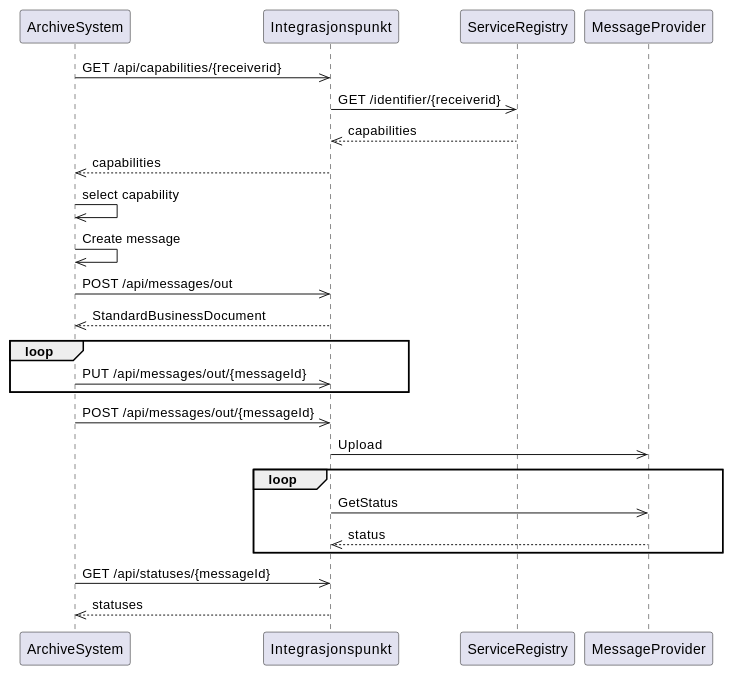
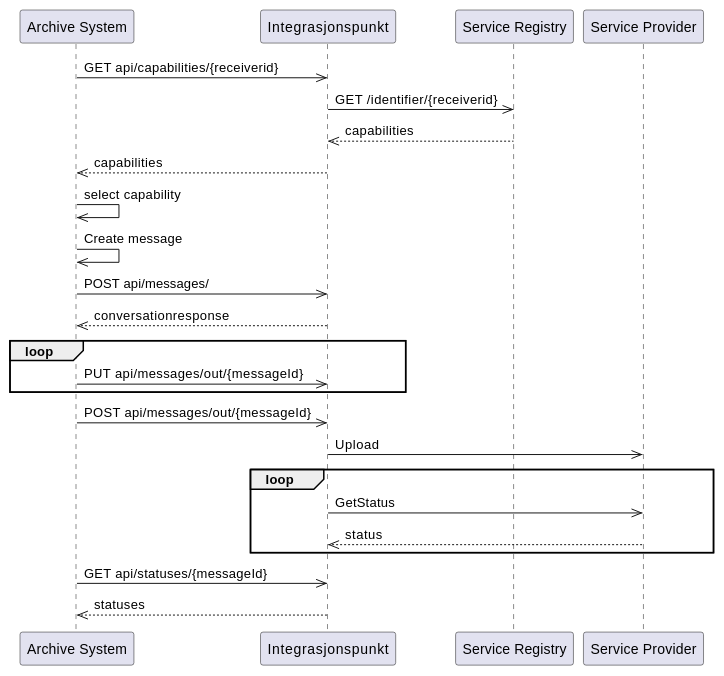
The diagram in integrasjonspunkt/src/main/asciidoc/messages-out.adoc (felleslosninger/efm-integrasjonspunkt), drawn with PlantUML before and after one commit. The commit also changed other lines of this file and 10 other files, not shown here.

```diff
--- a/integrasjonspunkt/src/main/asciidoc/messages-out.adoc
+++ b/integrasjonspunkt/src/main/asciidoc/messages-out.adoc
@@ -3,26 +12,31 @@
-[plantuml,auth-protocol]
+[plantuml]
 ....
-    ArchiveSystem->>Integrasjonspunkt: GET /api/capabilities/{receiverid}
+    participant "Archive System" as fs
+    participant Integrasjonspunkt as ip
+    participant "Service Registry" as sr
+    participant "Service Provider" as mf
 
-    Integrasjonspunkt->>ServiceRegistry: GET /identifier/{receiverid}
-    ServiceRegistry-->>Integrasjonspunkt: capabilities
+    fs->>ip: GET api/capabilities/{receiverid}
 
-    Integrasjonspunkt-->>ArchiveSystem: capabilities
-    ArchiveSystem->>ArchiveSystem: select capability
-    ArchiveSystem->>ArchiveSystem: Create message
-    ArchiveSystem->>Integrasjonspunkt: POST /api/messages/out
-    Integrasjonspunkt-->>ArchiveSystem: StandardBusinessDocument
+    ip->>sr: GET /identifier/{receiverid}
+    sr-->>ip: capabilities
+
+    ip-->>fs: capabilities
+    fs->>fs: select capability
+    fs->>fs: Create message
+    fs->>ip: POST api/messages/
+    ip-->>fs: conversationresponse
     loop
-    ArchiveSystem->>Integrasjonspunkt: PUT /api/messages/out/{messageId}
+    fs->>ip: PUT api/messages/out/{messageId}
     end
-    ArchiveSystem->>Integrasjonspunkt: POST /api/messages/out/{messageId}
+    fs->>ip: POST api/messages/out/{messageId}
 
-    Integrasjonspunkt->>MessageProvider: Upload
+    ip->>mf: Upload
     loop
-        Integrasjonspunkt->>MessageProvider: GetStatus
-        MessageProvider-->>Integrasjonspunkt: status
+        ip->>mf: GetStatus
+        mf-->>ip: status
     end
 
-    ArchiveSystem->>Integrasjonspunkt: GET /api/statuses/{messageId}
-    Integrasjonspunkt-->>ArchiveSystem: statuses
+    fs->>ip: GET api/statuses/{messageId}
+    ip-->>fs: statuses
 ....
```
